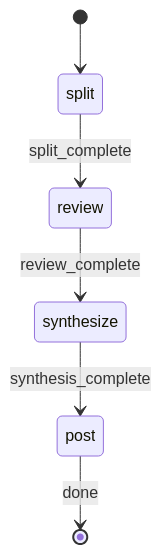
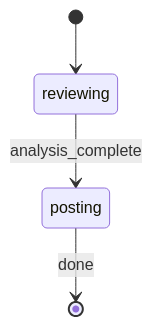
The diagram in plugins/dev/skills/pr-review/SKILL.md (rp1-run/rp1), drawn with Mermaid before and after one commit. The commit also changed other lines of this file and 3 other files, not shown here.

````diff
--- a/plugins/dev/skills/pr-review/SKILL.md
+++ b/plugins/dev/skills/pr-review/SKILL.md
@@ -50,8 +50,6 @@
 ```mermaid
 stateDiagram-v2
-    [*] --> split
-    split --> review : split_complete
-    review --> synthesize : review_complete
-    synthesize --> post : synthesis_complete
-    post --> [*] : done
+    [*] --> reviewing
+    reviewing --> posting : analysis_complete
+    posting --> [*] : done
 ```
````
